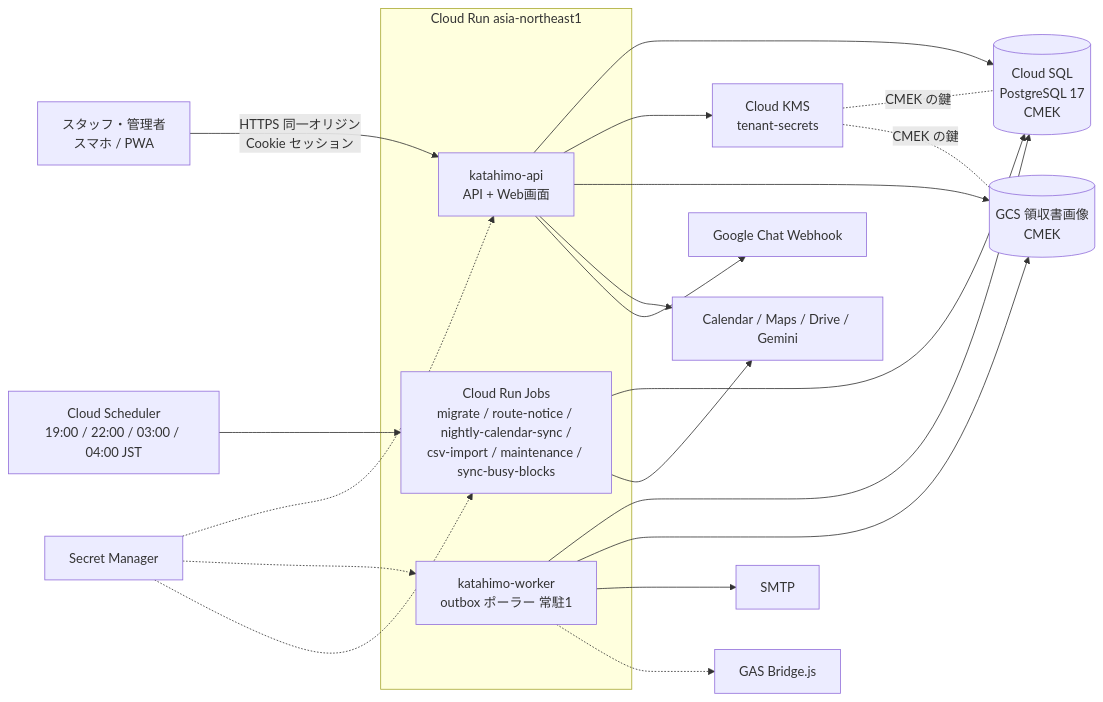
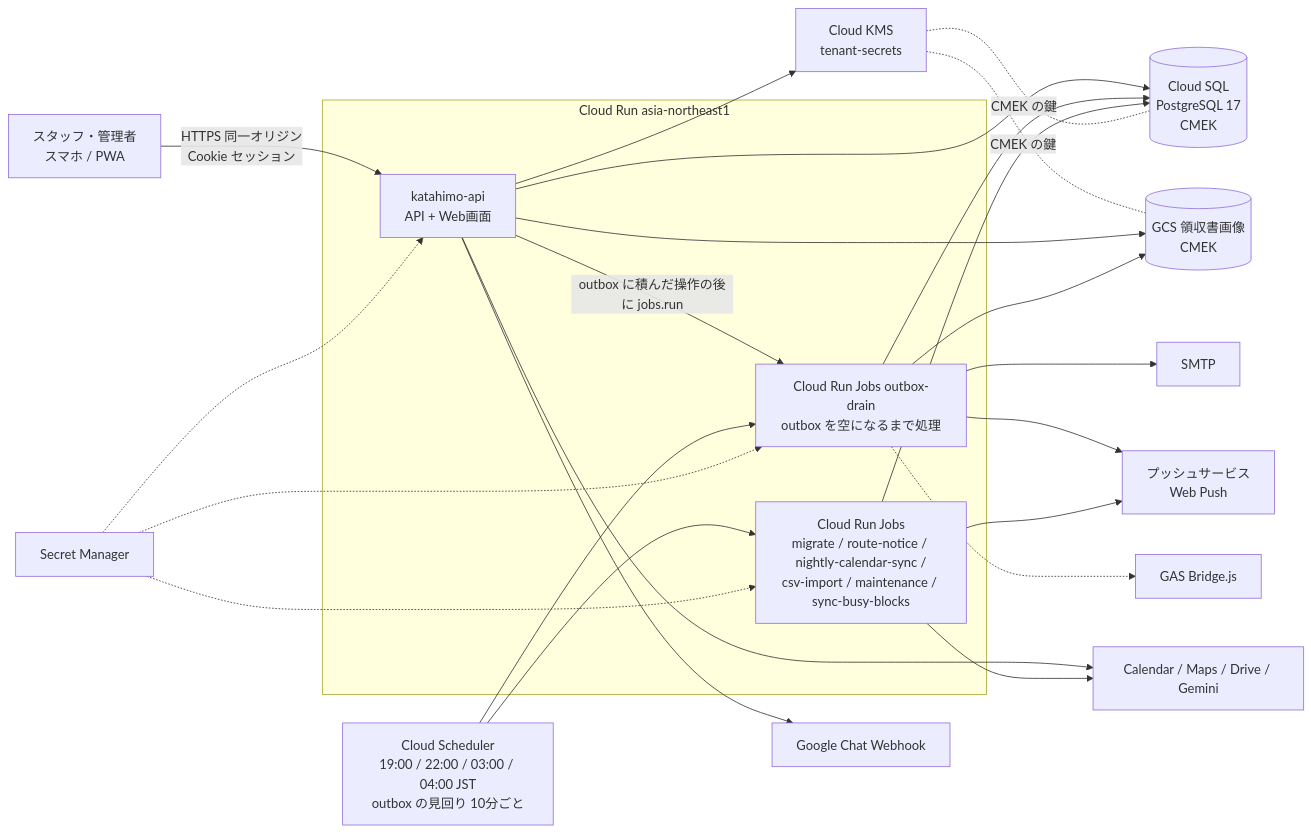
The fourth of 5 diagrams in doc/01_システム概要.md (katahimo-dev/katahimo-app), drawn with Mermaid before and after one commit. The commit also changed other lines of this file and 56 other files, not shown here.

````diff
--- a/doc/01_システム概要.md
+++ b/doc/01_システム概要.md
@@ -147,20 +148,22 @@
 ```mermaid
 flowchart LR
   user[スタッフ・管理者<br/>スマホ / PWA] -->|HTTPS 同一オリジン<br/>Cookie セッション| api
   subgraph run[Cloud Run asia-northeast1]
     api[katahimo-api<br/>API + Web画面]
-    worker[katahimo-worker<br/>outbox ポーラー 常駐1]
+    drain[Cloud Run Jobs outbox-drain<br/>outbox を空になるまで処理]
     jobs[Cloud Run Jobs<br/>migrate / route-notice / nightly-calendar-sync /<br/>csv-import / maintenance / sync-busy-blocks]
   end
-  sched[Cloud Scheduler<br/>19:00 / 22:00 / 03:00 / 04:00 JST] --> jobs
-  api & worker & jobs --> sql[(Cloud SQL<br/>PostgreSQL 17<br/>CMEK)]
+  api -->|outbox に積んだ操作の後に jobs.run| drain
+  sched[Cloud Scheduler<br/>19:00 / 22:00 / 03:00 / 04:00 JST<br/>outbox の見回り 10分ごと] --> jobs & drain
+  api & drain & jobs --> sql[(Cloud SQL<br/>PostgreSQL 17<br/>CMEK)]
   api --> kms[Cloud KMS<br/>tenant-secrets]
   kms -.-|CMEK の鍵| sql & gcs
-  sm[Secret Manager] -.-> api & worker & jobs
+  sm[Secret Manager] -.-> api & drain & jobs
   api --> gcs[(GCS 領収書画像<br/>CMEK)]
-  worker --> gcs
+  drain --> gcs
   api & jobs --> google[Calendar / Maps / Drive / Gemini]
   api --> chat[Google Chat Webhook]
-  worker --> smtp[SMTP]
-  worker -.-> bridge[GAS Bridge.js]
+  drain --> smtp[SMTP]
+  drain & jobs --> push[プッシュサービス<br/>Web Push]
+  drain -.-> bridge[GAS Bridge.js]
 ```
````
